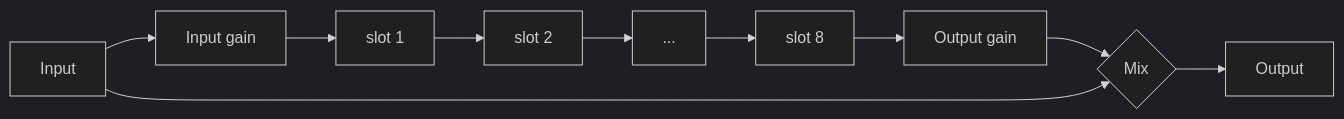
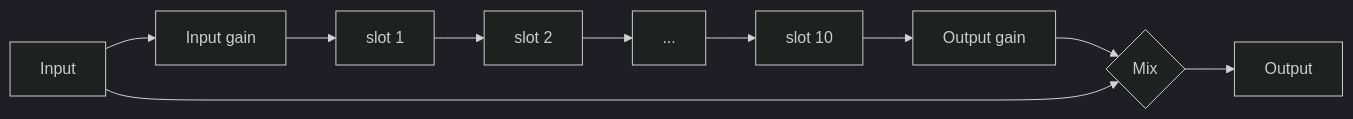
Before and after one commit to Devko/EffectForce: the diagram in docs/DESIGN.md, drawn with Mermaid (dark theme). The commit also changed other lines of this file and 10 other files, not shown here.

````diff
--- a/docs/DESIGN.md
+++ b/docs/DESIGN.md
@@ -31,5 +31,5 @@
 ```mermaid
 flowchart LR
-  IN[Input] --> G[Input gain] --> S1[slot 1] --> S2[slot 2] --> D[...] --> S8[slot 8] --> O[Output gain] --> M{Mix} --> OUT[Output]
+  IN[Input] --> G[Input gain] --> S1[slot 1] --> S2[slot 2] --> D[...] --> S10[slot 10] --> O[Output gain] --> M{Mix} --> OUT[Output]
   IN --> M
 ```
````
